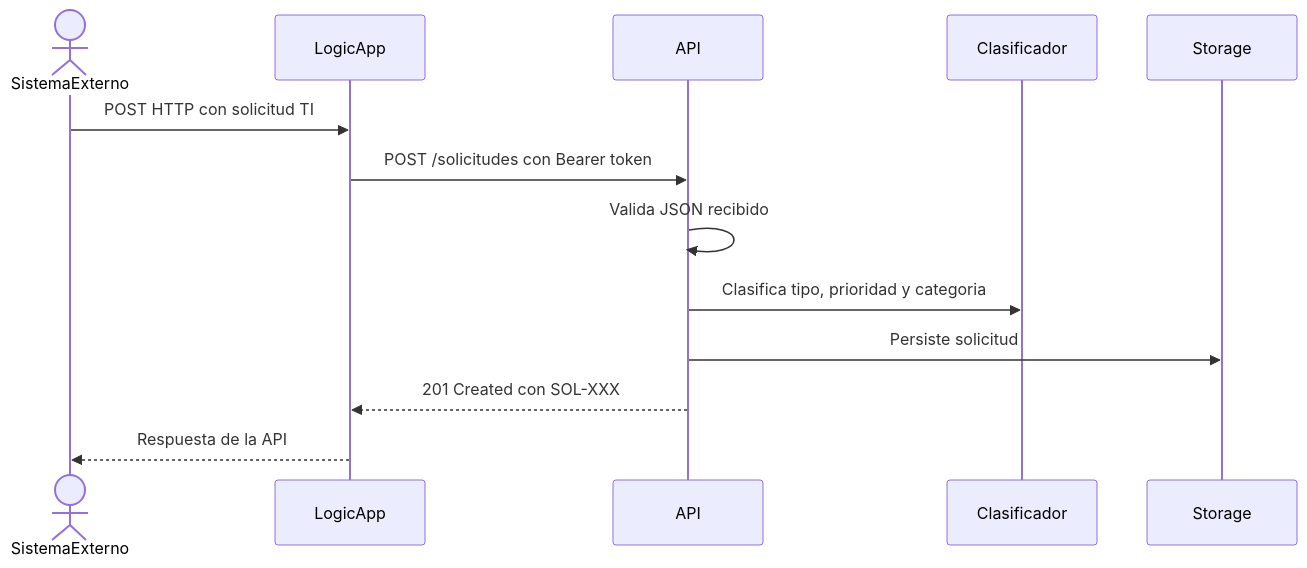
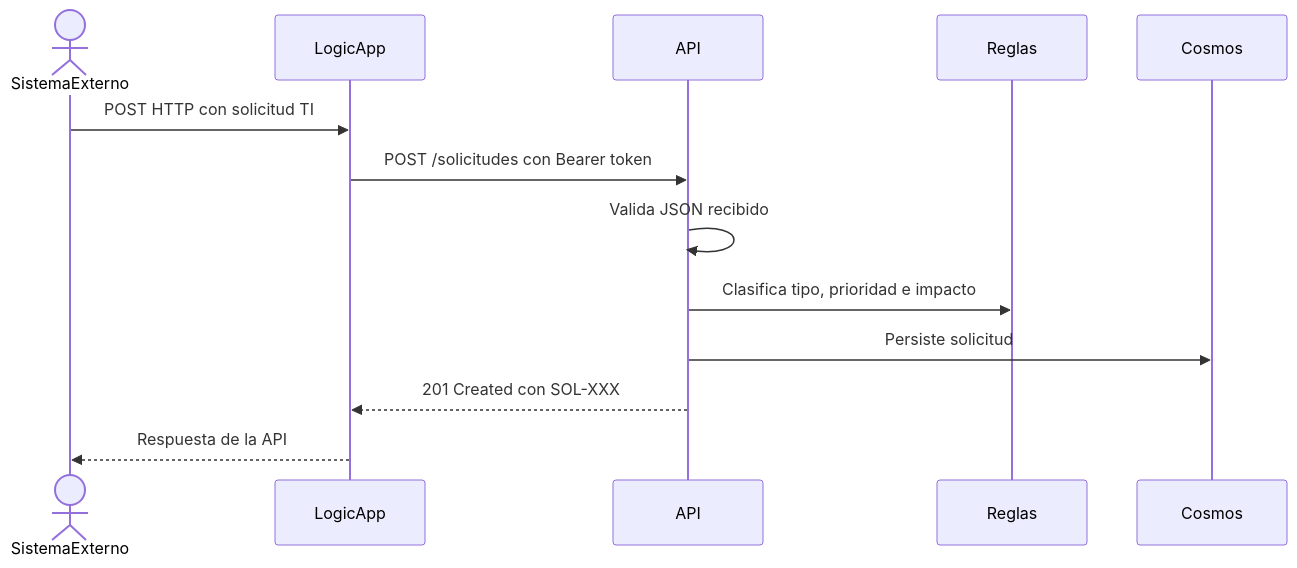
One commit to karimadrico/tfg-azure-servicio-empresarial-seguro changed the third of 5 diagrams in docs/diagramas/diagramas.md. Above: the diagram before and after it, drawn with Mermaid. The commit also changed other lines of this file and 15 other files, not shown here.

````diff
--- a/docs/diagramas/diagramas.md
+++ b/docs/diagramas/diagramas.md
@@ -56,16 +59,16 @@
 ```mermaid
 sequenceDiagram
     actor SistemaExterno
     participant LogicApp
     participant API
-    participant Clasificador
-    participant Storage
+    participant Reglas
+    participant Cosmos
 
     SistemaExterno->>LogicApp: POST HTTP con solicitud TI
     LogicApp->>API: POST /solicitudes con Bearer token
     API->>API: Valida JSON recibido
-    API->>Clasificador: Clasifica tipo, prioridad y categoria
-    API->>Storage: Persiste solicitud
+    API->>Reglas: Clasifica tipo, prioridad e impacto
+    API->>Cosmos: Persiste solicitud
     API-->>LogicApp: 201 Created con SOL-XXX
     LogicApp-->>SistemaExterno: Respuesta de la API
 ```
````
